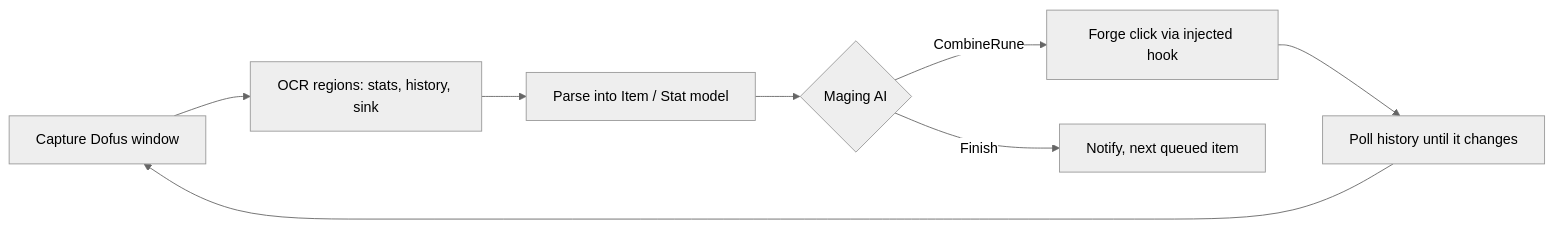
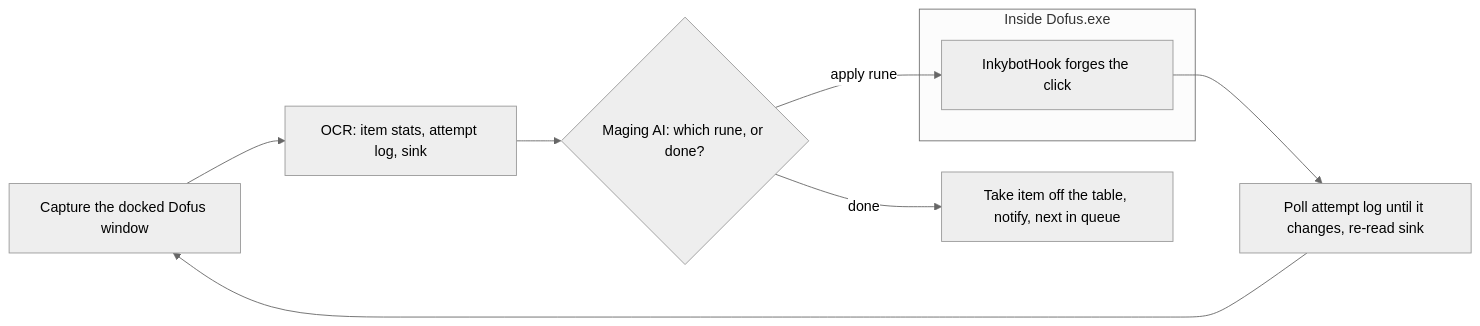
One commit to kpolicar/inkybot changed the diagram in README.md. Above: the diagram before and after it, drawn with Mermaid (neutral theme). The commit also changed other lines of this file, not shown here.

Commit message:
Rewrite README: tick-loop diagram, grounded highlights

````diff
--- a/README.md
+++ b/README.md
@@ -19,10 +19,12 @@
 ```mermaid
 flowchart LR
-    A[Capture Dofus window] --> B[OCR regions: stats, history, sink]
-    B --> C[Parse into Item / Stat model]
-    C --> D{Maging AI}
-    D -->|CombineRune| E[Forge click via injected hook]
-    E --> F[Poll history until it changes]
-    F --> A
-    D -->|Finish| G[Notify, next queued item]
+    A[Capture the docked Dofus window] --> B[OCR: item stats, attempt log, sink]
+    B --> C{Maging AI: which rune, or done?}
+    C -->|apply rune| D
+    subgraph G[Inside Dofus.exe]
+        D[InkybotHook forges the click]
+    end
+    D --> E[Poll attempt log until it changes, re-read sink]
+    E --> A
+    C -->|done| F[Take item off the table, notify, next in queue]
 ```
````
